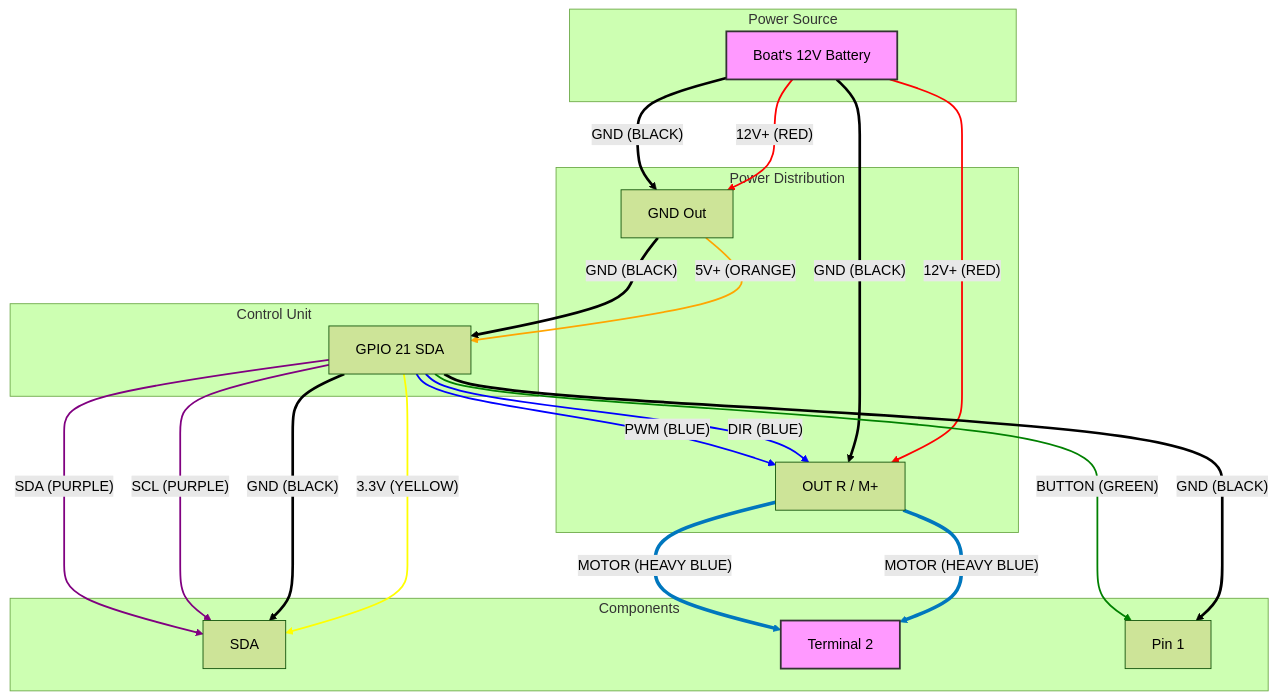
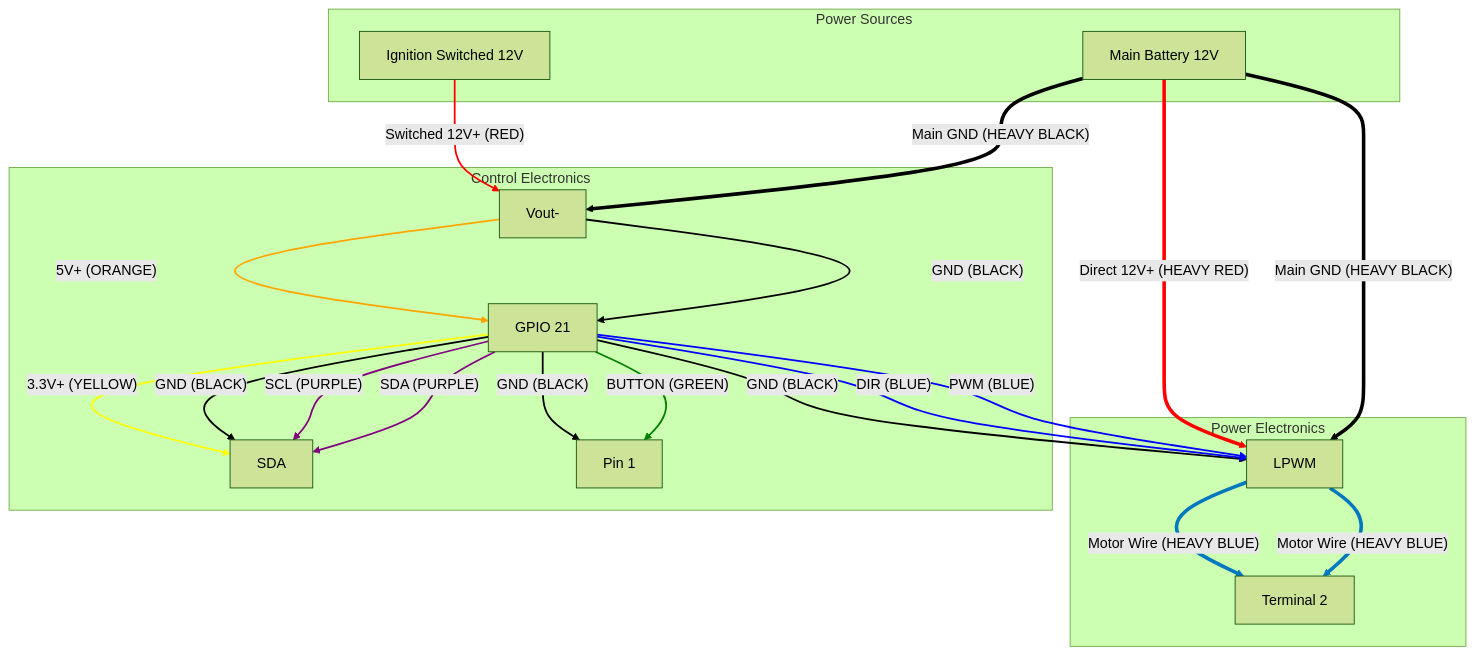
One commit to tbitu/mpy-selflearning-autopilot changed the diagram in README.md. Above: the diagram before and after it, drawn with Mermaid (forest theme). The commit also changed other lines of this file, not shown here.

````diff
--- a/README.md
+++ b/README.md
@@ -32,67 +32,65 @@
 ```mermaid
 graph TD
-    subgraph Power Source
-        A[Boat's 12V Battery]
+    subgraph Power Sources
+        A[Main Battery 12V]
+        B[Ignition Switched 12V]
     end
 
-    subgraph Power Distribution
-        B[12V to 5V Buck Converter]
-        C[H-Bridge Motor Driver e.g. BTS7960]
+    subgraph Power Electronics
+        C[BTS7960 H-Bridge Driver]
+        F[Hydraulic Pump Motor]
     end
 
-    subgraph Control Unit
-        D[ESP32 DevKitC]
-    end
-
-    subgraph Components
+    subgraph Control Electronics
+        D[ESP32-DevKitC]
         E[BNO055 Sensor]
-        F[Hydraulic Pump Motor]
+        H[12V to 5V Buck Converter]
         G[Push Button]
     end
 
-    %% Power Connections
-    A -- 12V+ (RED) --> B[Vin]
-    A -- 12V+ (RED) --> C[VCC / B+]
-    B -- 5V+ (ORANGE) --> D[Vin]
-    D -- 3.3V (YELLOW) --> E[Vin]
+    %% High-Current Power Circuit
+    A -- Direct 12V+ (HEAVY RED) --> C[B+]
+    C[M+] -- Motor Wire (HEAVY BLUE) --> F[Terminal 1]
+    C[M-] -- Motor Wire (HEAVY BLUE) --> F[Terminal 2]
+
+    %% Switched Control Power Circuit
+    B -- Switched 12V+ (RED) --> H[Vin+]
+    H[Vout+] -- 5V+ (ORANGE) --> D[Vin]
+    D[3.3V] -- 3.3V+ (YELLOW) --> E[Vin]
 
     %% Ground Connections (CRITICAL - ALL MUST CONNECT)
-    A -- GND (BLACK) --> B[GND In]
-    B[GND Out] -- GND (BLACK) --> D[GND]
+    A -- Main GND (HEAVY BLACK) --> C[B-]
+    A -- Main GND (HEAVY BLACK) --> H[Vin-]
+    H[Vout-] -- GND (BLACK) --> D[GND]
     D[GND] -- GND (BLACK) --> E[GND]
     D[GND] -- GND (BLACK) --> G[Pin 2]
-    A -- GND (BLACK) --> C[GND / B-]
+    D[GND] -- GND (BLACK) --> C[GND]
 
     %% Control Signal Connections
-    D[GPIO 26] -- DIR (BLUE) --> C[L_EN / RPWM]
-    D[GPIO 27] -- PWM (BLUE) --> C[R_EN / LPWM]
+    D[GPIO 26] -- DIR (BLUE) --> C[RPWM]
+    D[GPIO 27] -- PWM (BLUE) --> C[LPWM]
     D[GPIO 33] -- BUTTON (GREEN) --> G[Pin 1]
 
     %% I2C Sensor Connections
-    D[GPIO 22 SCL] -- SCL (PURPLE) --> E[SCL]
-    D[GPIO 21 SDA] -- SDA (PURPLE) --> E[SDA]
-
-    %% High-Power Motor Output
-    C[OUT L / M-] -- MOTOR (HEAVY BLUE) --> F[Terminal 1]
-    C[OUT R / M+] -- MOTOR (HEAVY BLUE) --> F[Terminal 2]
+    D[GPIO 22] -- SCL (PURPLE) --> E[SCL]
+    D[GPIO 21] -- SDA (PURPLE) --> E[SDA]
 
     %% Styling
-    style A fill:#f9f,stroke:#333,stroke-width:2px
-    style F fill:#f9f,stroke:#333,stroke-width:2px
-    linkStyle 0 stroke:red,stroke-width:2px
-    linkStyle 1 stroke:red,stroke-width:2px
-    linkStyle 2 stroke:orange,stroke-width:2px
-    linkStyle 3 stroke:yellow,stroke-width:2px
-    linkStyle 4 stroke:black,stroke-width:3px
-    linkStyle 5 stroke:black,stroke-width:3px
-    linkStyle 6 stroke:black,stroke-width:3px
-    linkStyle 7 stroke:black,stroke-width:3px
-    linkStyle 8 stroke:black,stroke-width:3px
-    linkStyle 9 stroke:blue,stroke-width:2px
-    linkStyle 10 stroke:blue,stroke-width:2px
-    linkStyle 11 stroke:green,stroke-width:2px
-    linkStyle 12 stroke:purple,stroke-width:2px
-    linkStyle 13 stroke:purple,stroke-width:2px
-    linkStyle 14 stroke:#0077be,stroke-width:4px
-    linkStyle 15 stroke:#0077be,stroke-width:4px
+    linkStyle 0 stroke:red,stroke-width:4px
+    linkStyle 1 stroke:#0077be,stroke-width:4px
+    linkStyle 2 stroke:#0077be,stroke-width:4px
+    linkStyle 3 stroke:red,stroke-width:2px
+    linkStyle 4 stroke:orange,stroke-width:2px
+    linkStyle 5 stroke:yellow,stroke-width:2px
+    linkStyle 6 stroke:black,stroke-width:4px
+    linkStyle 7 stroke:black,stroke-width:4px
+    linkStyle 8 stroke:black,stroke-width:2px
+    linkStyle 9 stroke:black,stroke-width:2px
+    linkStyle 10 stroke:black,stroke-width:2px
+    linkStyle 11 stroke:black,stroke-width:2px
+    linkStyle 12 stroke:blue,stroke-width:2px
+    linkStyle 13 stroke:blue,stroke-width:2px
+    linkStyle 14 stroke:green,stroke-width:2px
+    linkStyle 15 stroke:purple,stroke-width:2px
+    linkStyle 16 stroke:purple,stroke-width:2px
 ```
````
